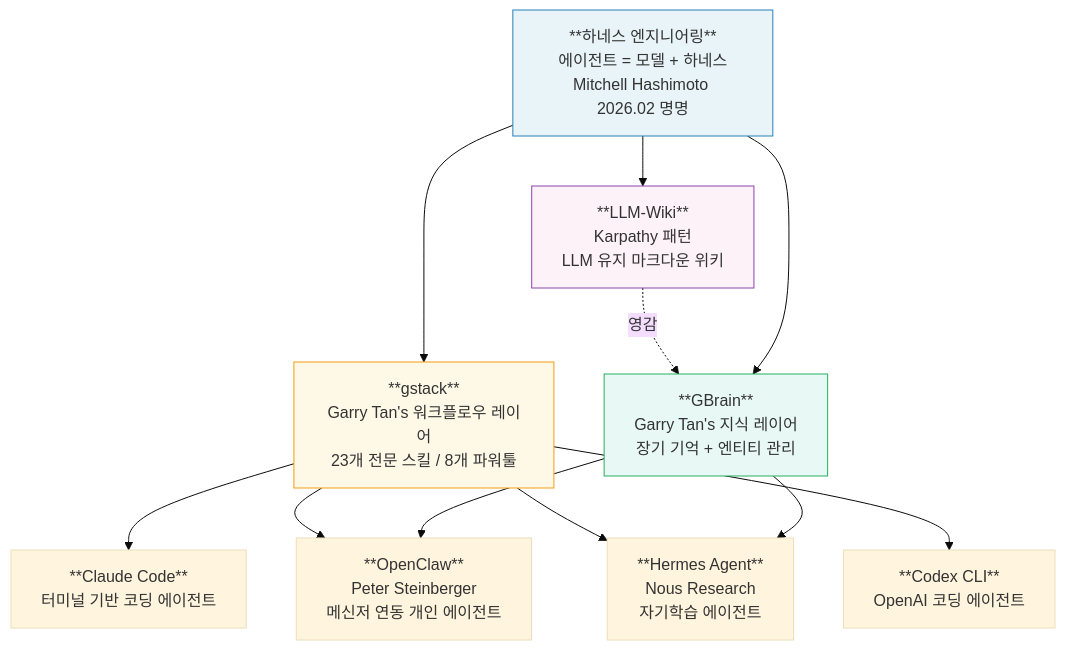
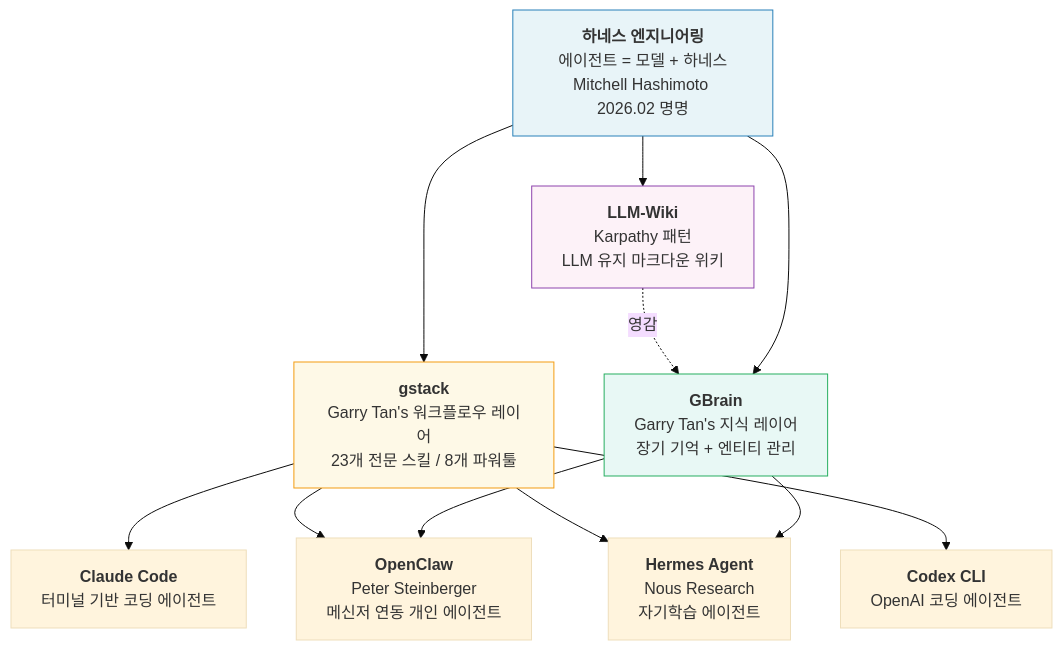
One commit to k82022603/k82022603.github.io changed the first of 7 diagrams in _posts/2026-04-16-하네스-엔지니어링-·-llm‐wiki-·-gstack-·-gbrain-·-hermes-agent-·-openclaw.md. Above: the diagram before and after it, drawn with Mermaid (base theme). The commit also changed other lines of this file and 12 other files, not shown here.

````diff
--- a/_posts/2026-04-16-하네스-엔지니어링-·-llm‐wiki-·-gstack-·-gbrain-·-hermes-agent-·-openclaw.md
+++ b/_posts/2026-04-16-하네스-엔지니어링-·-llm‐wiki-·-gstack-·-gbrain-·-hermes-agent-·-openclaw.md
@@ -28,21 +28,21 @@
 ```mermaid
 graph TD
-    A[**gstack**<br/>Garry Tan's 워크플로우 레이어<br/>23개 전문 스킬 / 8개 파워툴] --> B[**Claude Code**<br/>터미널 기반 코딩 에이전트]
-    A --> C[**OpenClaw**<br/>Peter Steinberger<br/>메신저 연동 개인 에이전트]
-    A --> D[**Hermes Agent**<br/>Nous Research<br/>자기학습 에이전트]
-    A --> E[**Codex CLI**<br/>OpenAI 코딩 에이전트]
+    A[<b>gstack</b><br/>Garry Tan's 워크플로우 레이어<br/>23개 전문 스킬 / 8개 파워툴] --> B[<b>Claude Code</b><br/>터미널 기반 코딩 에이전트]
+    A --> C[<b>OpenClaw</b><br/>Peter Steinberger<br/>메신저 연동 개인 에이전트]
+    A --> D[<b>Hermes Agent</b><br/>Nous Research<br/>자기학습 에이전트]
+    A --> E[<b>Codex CLI</b><br/>OpenAI 코딩 에이전트]
 
-    F[**GBrain**<br/>Garry Tan's 지식 레이어<br/>장기 기억 + 엔티티 관리] --> C
+    F[<b>GBrain</b><br/>Garry Tan's 지식 레이어<br/>장기 기억 + 엔티티 관리] --> C
     F --> D
 
-    G[**LLM-Wiki**<br/>Karpathy 패턴<br/>LLM 유지 마크다운 위키] -.->|영감| F
+    G[<b>LLM-Wiki</b><br/>Karpathy 패턴<br/>LLM 유지 마크다운 위키] -.->|영감| F
 
-    H[**하네스 엔지니어링**<br/>에이전트 = 모델 + 하네스<br/>Mitchell Hashimoto 2026.02 명명] --> A
+    H[<b>하네스 엔지니어링</b><br/>에이전트 = 모델 + 하네스<br/>Mitchell Hashimoto 2026.02 명명] --> A
     H --> F
     H --> G
 
     style H fill:#e8f4f8,stroke:#2980b9
     style A fill:#fef9e7,stroke:#f39c12
     style F fill:#e8f8f5,stroke:#27ae60
     style G fill:#fdf2f8,stroke:#8e44ad
 ```
````
